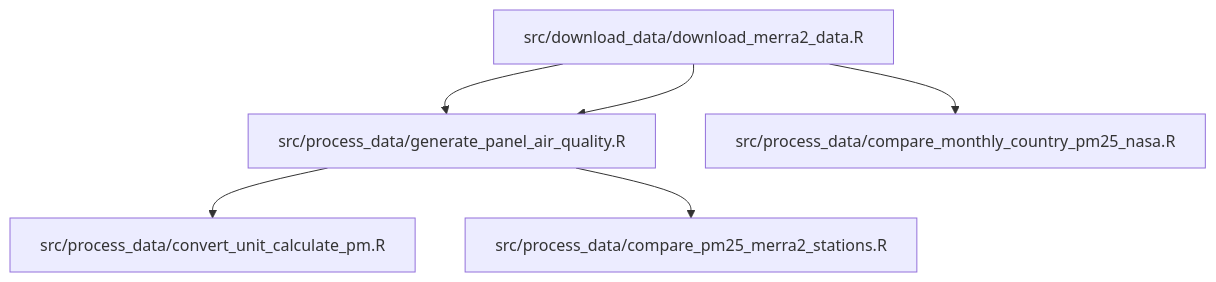
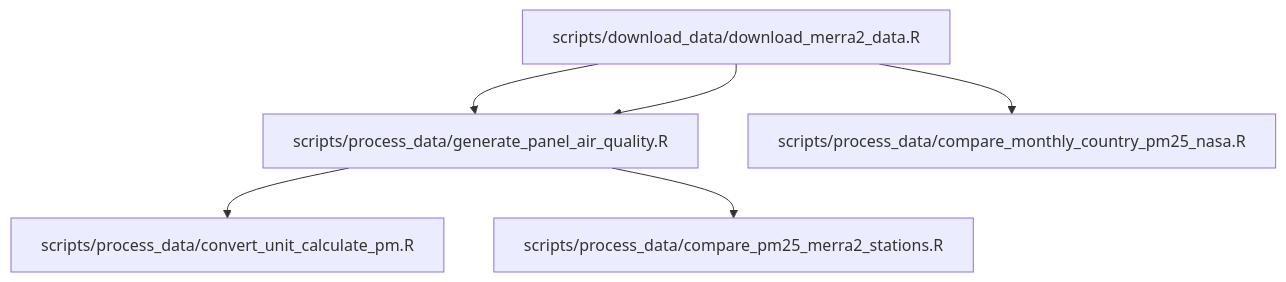
Before and after one commit to correia-marcos/air_quality: the diagram in README.md, drawn with Mermaid. The commit also changed other lines of this file and 17 other files, not shown here.

Commit message:
Major change in the repo structure - dissolve the src folder into two: src and scripts.

````diff
--- a/README.md
+++ b/README.md
@@ -245,12 +250,12 @@
 ```mermaid
 flowchart TD
-  DL["src/download_data/download_merra2_data.R"]
-  GP["src/process_data/generate_panel_air_quality.R"]
-  CU["src/process_data/convert_unit_calculate_pm.R"]
-  CS["src/process_data/compare_pm25_merra2_stations.R"]
-  CM["src/process_data/compare_monthly_country_pm25_nasa.R"]
+  DL["scripts/download_data/download_merra2_data.R"]
+  GP["scripts/process_data/generate_panel_air_quality.R"]
+  CU["scripts/process_data/convert_unit_calculate_pm.R"]
+  CS["scripts/process_data/compare_pm25_merra2_stations.R"]
+  CM["scripts/process_data/compare_monthly_country_pm25_nasa.R"]
 
   DL --> GP --> CU
   DL --> GP --> CS
   DL --> CM
 ```
````
